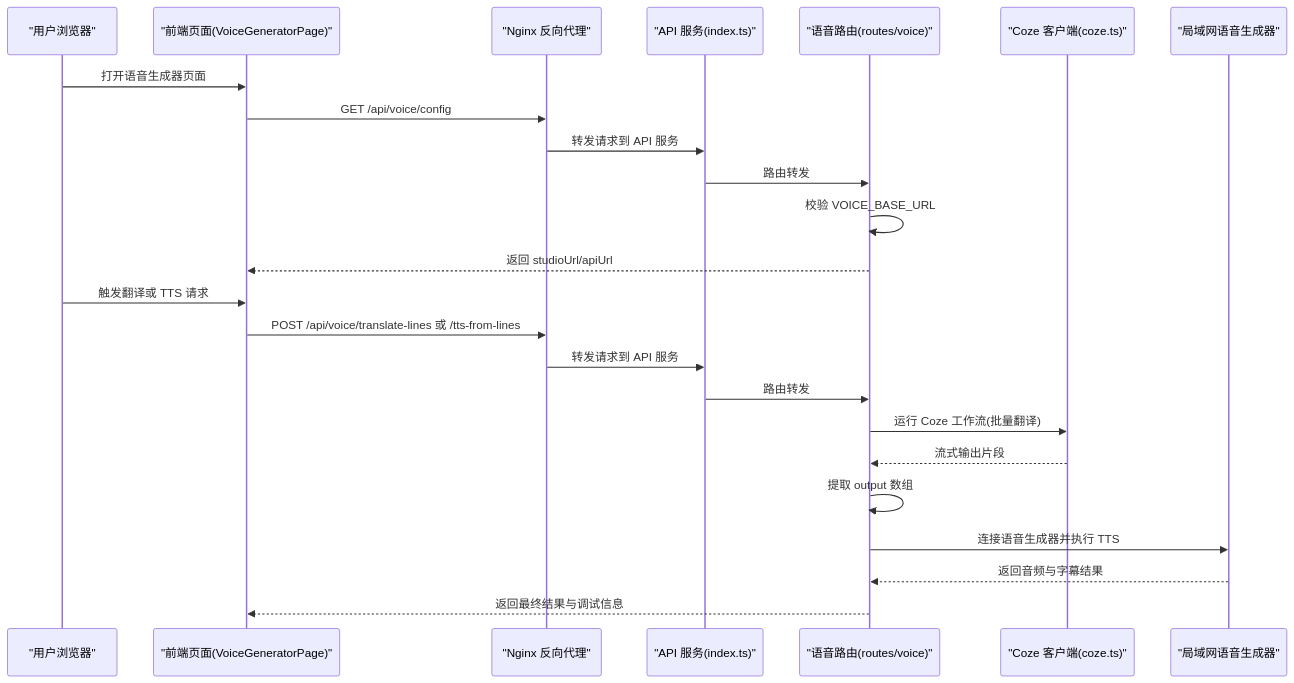
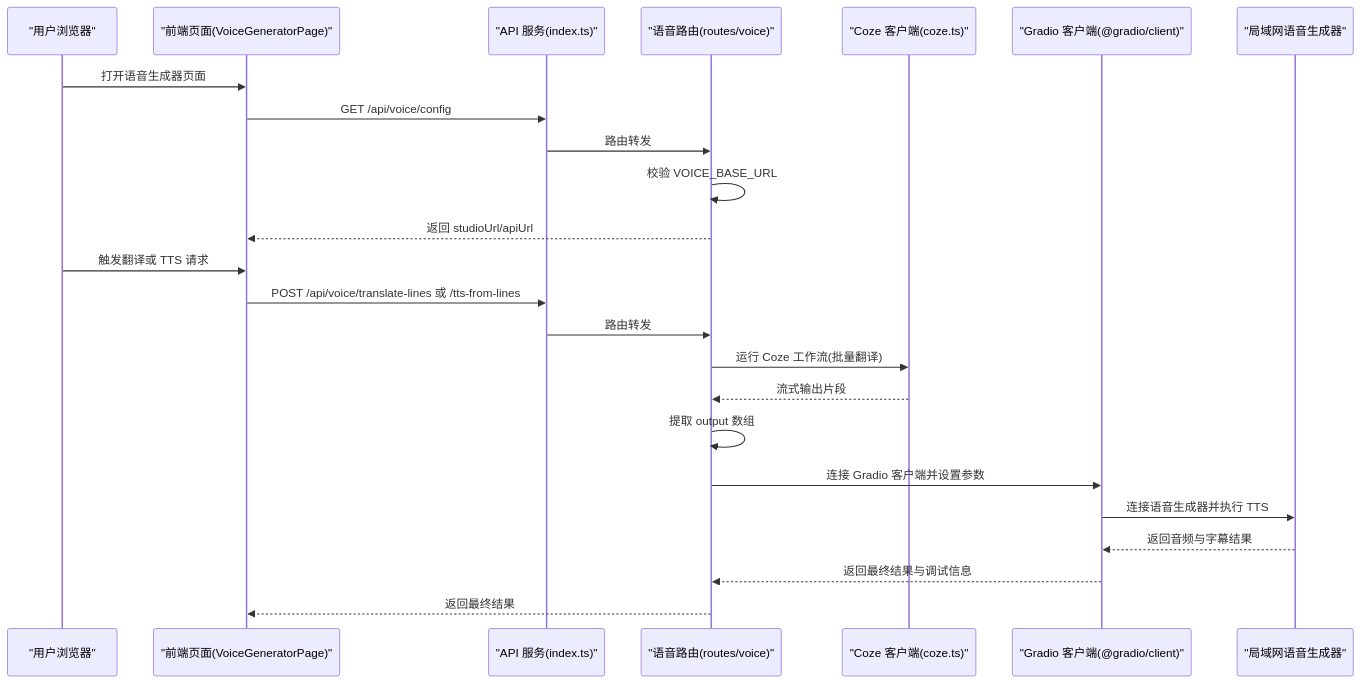
Before and after one commit to hanksd769-droid/sailshub: the second of 4 diagrams in .qoder/repowiki/zh/content/语音生成系统.md, drawn with Mermaid. The commit also changed other lines of this file and 6 other files, not shown here.

````diff
--- a/.qoder/repowiki/zh/content/语音生成系统.md
+++ b/.qoder/repowiki/zh/content/语音生成系统.md
@@ -127,26 +125,26 @@
 ```mermaid
 sequenceDiagram
 participant U as "用户浏览器"
 participant W as "前端页面(VoiceGeneratorPage)"
-participant N as "Nginx 反向代理"
 participant A as "API 服务(index.ts)"
 participant V as "语音路由(routes/voice)"
 participant C as "Coze 客户端(coze.ts)"
+participant G as "Gradio 客户端(@gradio/client)"
 participant S as "局域网语音生成器"
 U->>W : 打开语音生成器页面
-W->>N : GET /api/voice/config
-N->>A : 转发请求到 API 服务
+W->>A : GET /api/voice/config
 A->>V : 路由转发
 V->>V : 校验 VOICE_BASE_URL
 V-->>W : 返回 studioUrl/apiUrl
 U->>W : 触发翻译或 TTS 请求
-W->>N : POST /api/voice/translate-lines 或 /tts-from-lines
-N->>A : 转发请求到 API 服务
+W->>A : POST /api/voice/translate-lines 或 /tts-from-lines
 A->>V : 路由转发
 V->>C : 运行 Coze 工作流(批量翻译)
 C-->>V : 流式输出片段
 V->>V : 提取 output 数组
-V->>S : 连接语音生成器并执行 TTS
-S-->>V : 返回音频与字幕结果
-V-->>W : 返回最终结果与调试信息
+V->>G : 连接 Gradio 客户端并设置参数
+G->>S : 连接语音生成器并执行 TTS
+S-->>G : 返回音频与字幕结果
+G-->>V : 返回最终结果与调试信息
+V-->>W : 返回最终结果
 ```
````
